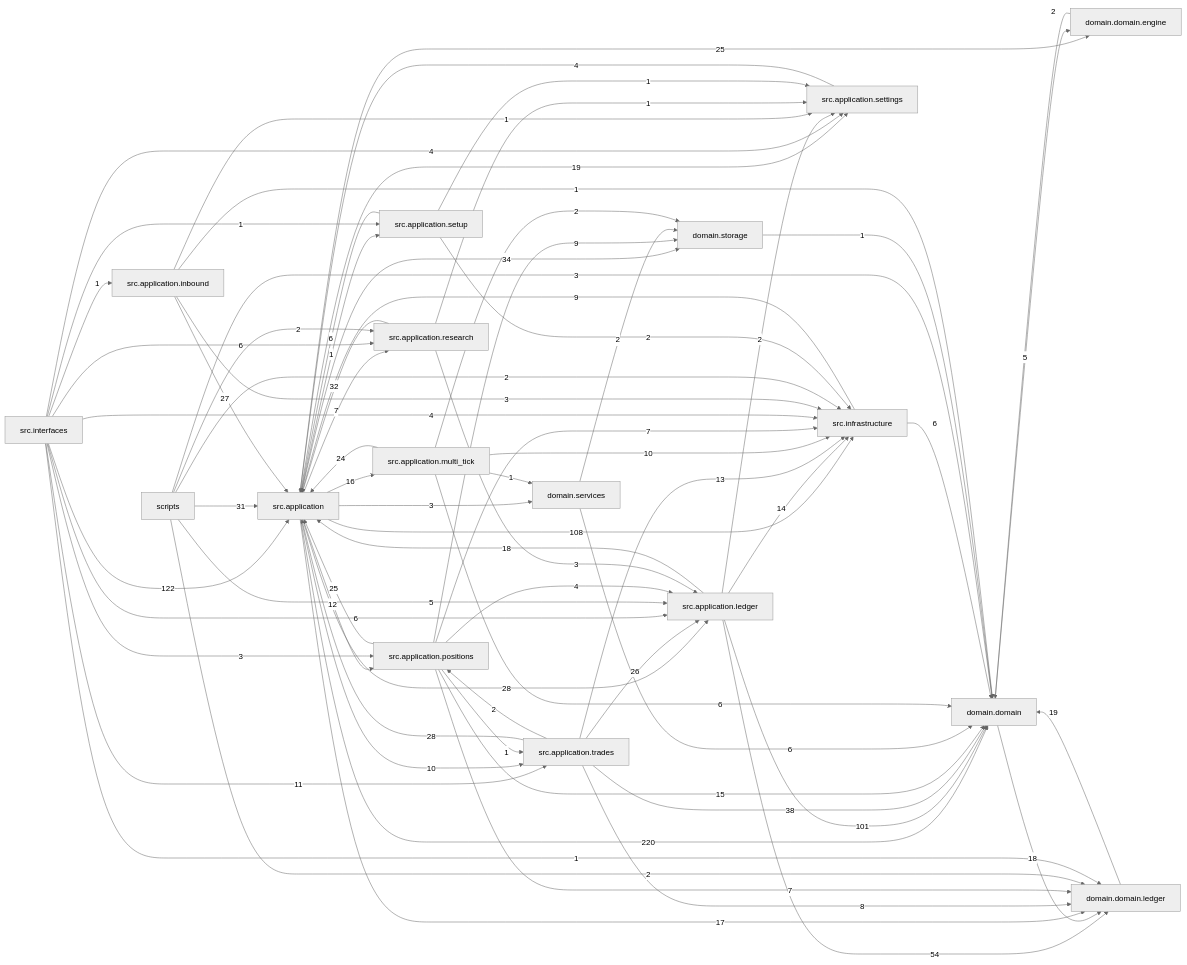
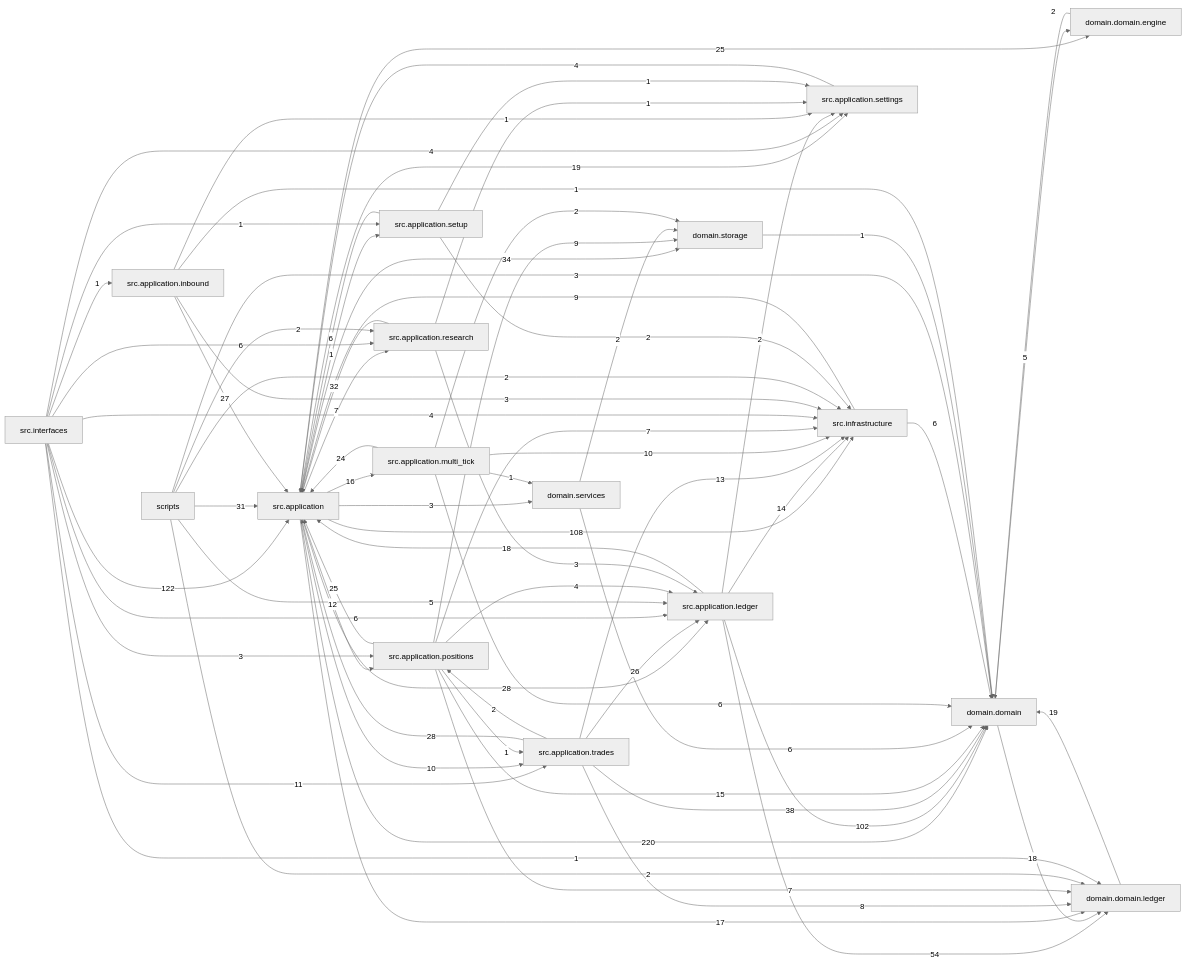
Before and after one commit to liuxie066/options-monitor: the diagram in docs/dependency_graph.mmd, drawn with Mermaid (neutral theme). The commit also changed 5 other files, not shown here.

```diff
--- a/docs/dependency_graph.mmd
+++ b/docs/dependency_graph.mmd
@@ -1,73 +1,73 @@
 flowchart LR
   src_application["src.application"] -->|220| domain_domain["domain.domain"]
   src_interfaces["src.interfaces"] -->|122| src_application["src.application"]
   src_application["src.application"] -->|108| src_infrastructure["src.infrastructure"]
-  src_application_ledger["src.application.ledger"] -->|101| domain_domain["domain.domain"]
+  src_application_ledger["src.application.ledger"] -->|102| domain_domain["domain.domain"]
   src_application_ledger["src.application.ledger"] -->|54| domain_domain_ledger["domain.domain.ledger"]
   src_application_trades["src.application.trades"] -->|38| domain_domain["domain.domain"]
   src_application["src.application"] -->|34| domain_storage["domain.storage"]
   src_application_research["src.application.research"] -->|32| src_application["src.application"]
   scripts["scripts"] -->|31| src_application["src.application"]
   src_application["src.application"] -->|28| src_application_ledger["src.application.ledger"]
   src_application_trades["src.application.trades"] -->|28| src_application["src.application"]
   src_application_inbound["src.application.inbound"] -->|27| src_application["src.application"]
   src_application_trades["src.application.trades"] -->|26| src_application_ledger["src.application.ledger"]
   src_application["src.application"] -->|25| domain_domain_engine["domain.domain.engine"]
   src_application_positions["src.application.positions"] -->|25| src_application["src.application"]
   src_application_multi_tick["src.application.multi_tick"] -->|24| src_application["src.application"]
   domain_domain_ledger["domain.domain.ledger"] -->|19| domain_domain["domain.domain"]
   src_application["src.application"] -->|19| src_application_settings["src.application.settings"]
   domain_domain["domain.domain"] -->|18| domain_domain_ledger["domain.domain.ledger"]
   src_application_ledger["src.application.ledger"] -->|18| src_application["src.application"]
   src_application["src.application"] -->|17| domain_domain_ledger["domain.domain.ledger"]
   src_application["src.application"] -->|16| src_application_multi_tick["src.application.multi_tick"]
   src_application_positions["src.application.positions"] -->|15| domain_domain["domain.domain"]
   src_application_ledger["src.application.ledger"] -->|14| src_infrastructure["src.infrastructure"]
   src_application_trades["src.application.trades"] -->|13| src_infrastructure["src.infrastructure"]
   src_application["src.application"] -->|12| src_application_positions["src.application.positions"]
   src_interfaces["src.interfaces"] -->|11| src_application_trades["src.application.trades"]
   src_application["src.application"] -->|10| src_application_trades["src.application.trades"]
   src_application_multi_tick["src.application.multi_tick"] -->|10| src_infrastructure["src.infrastructure"]
   src_application_positions["src.application.positions"] -->|9| domain_storage["domain.storage"]
   src_infrastructure["src.infrastructure"] -->|9| src_application["src.application"]
   src_application_trades["src.application.trades"] -->|8| domain_domain_ledger["domain.domain.ledger"]
   src_application["src.application"] -->|7| src_application_research["src.application.research"]
   src_application_positions["src.application.positions"] -->|7| domain_domain_ledger["domain.domain.ledger"]
   src_application_positions["src.application.positions"] -->|7| src_infrastructure["src.infrastructure"]
   domain_services["domain.services"] -->|6| domain_domain["domain.domain"]
   src_application_multi_tick["src.application.multi_tick"] -->|6| domain_domain["domain.domain"]
   src_application_setup["src.application.setup"] -->|6| src_application["src.application"]
   src_infrastructure["src.infrastructure"] -->|6| domain_domain["domain.domain"]
   src_interfaces["src.interfaces"] -->|6| src_application_ledger["src.application.ledger"]
   src_interfaces["src.interfaces"] -->|6| src_application_research["src.application.research"]
   domain_domain["domain.domain"] -->|5| domain_domain_engine["domain.domain.engine"]
   scripts["scripts"] -->|5| src_application_ledger["src.application.ledger"]
   src_application_positions["src.application.positions"] -->|4| src_application_ledger["src.application.ledger"]
   src_application_settings["src.application.settings"] -->|4| src_application["src.application"]
   src_interfaces["src.interfaces"] -->|4| src_application_settings["src.application.settings"]
   src_interfaces["src.interfaces"] -->|4| src_infrastructure["src.infrastructure"]
   scripts["scripts"] -->|3| domain_domain["domain.domain"]
   src_application["src.application"] -->|3| domain_services["domain.services"]
   src_application_inbound["src.application.inbound"] -->|3| src_infrastructure["src.infrastructure"]
   src_application_research["src.application.research"] -->|3| src_application_ledger["src.application.ledger"]
   src_interfaces["src.interfaces"] -->|3| src_application_positions["src.application.positions"]
   domain_domain_engine["domain.domain.engine"] -->|2| domain_domain["domain.domain"]
   domain_services["domain.services"] -->|2| domain_storage["domain.storage"]
   scripts["scripts"] -->|2| domain_domain_ledger["domain.domain.ledger"]
   scripts["scripts"] -->|2| src_application_research["src.application.research"]
   scripts["scripts"] -->|2| src_infrastructure["src.infrastructure"]
   src_application_ledger["src.application.ledger"] -->|2| src_application_settings["src.application.settings"]
   src_application_multi_tick["src.application.multi_tick"] -->|2| domain_storage["domain.storage"]
   src_application_setup["src.application.setup"] -->|2| src_infrastructure["src.infrastructure"]
   src_application_trades["src.application.trades"] -->|2| src_application_positions["src.application.positions"]
   domain_storage["domain.storage"] -->|1| domain_domain["domain.domain"]
   src_application["src.application"] -->|1| src_application_setup["src.application.setup"]
   src_application_inbound["src.application.inbound"] -->|1| domain_domain["domain.domain"]
   src_application_inbound["src.application.inbound"] -->|1| src_application_settings["src.application.settings"]
   src_application_multi_tick["src.application.multi_tick"] -->|1| domain_services["domain.services"]
   src_application_positions["src.application.positions"] -->|1| src_application_trades["src.application.trades"]
   src_application_research["src.application.research"] -->|1| src_application_settings["src.application.settings"]
   src_application_setup["src.application.setup"] -->|1| src_application_settings["src.application.settings"]
   src_interfaces["src.interfaces"] -->|1| domain_domain_ledger["domain.domain.ledger"]
   src_interfaces["src.interfaces"] -->|1| src_application_inbound["src.application.inbound"]
   src_interfaces["src.interfaces"] -->|1| src_application_setup["src.application.setup"]
```
